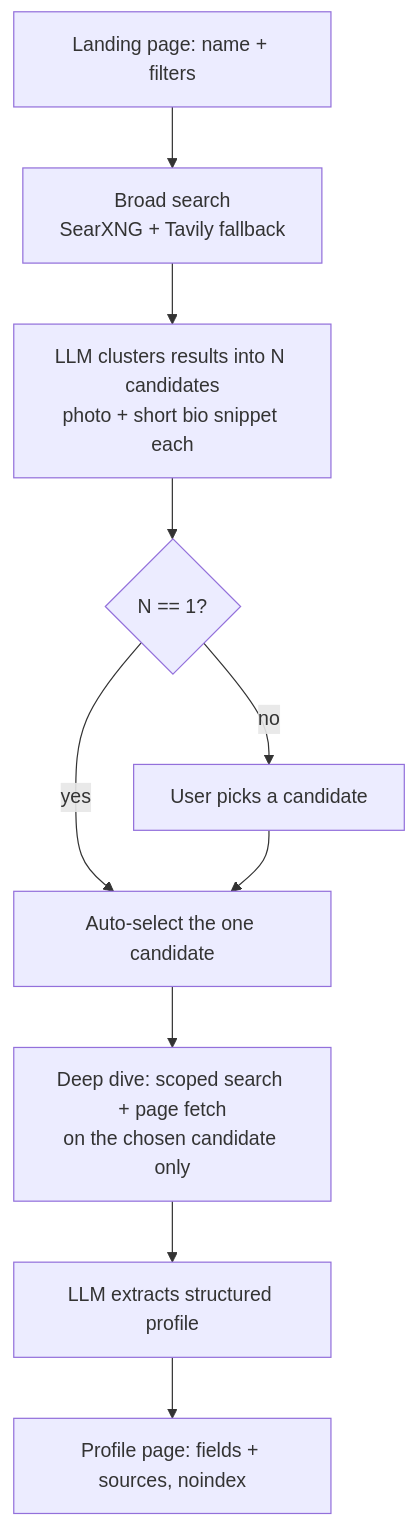
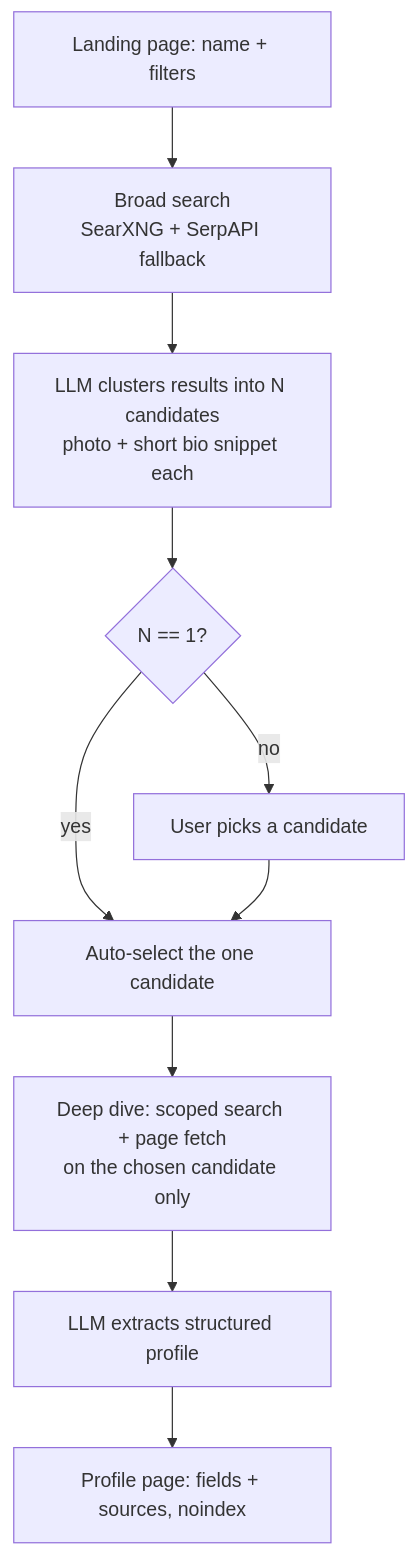
Before and after one commit to rafimaliki/who-is: the diagram in .docs/CONCEPT.md, drawn with Mermaid. The commit also changed other lines of this file and 22 other files, not shown here.

First line of the commit message:
feat(backend): swap Gemini for OpenRouter, add SerpAPI search fallback

````diff
--- a/.docs/CONCEPT.md
+++ b/.docs/CONCEPT.md
@@ -18,12 +18,12 @@
 ```mermaid
 flowchart TD
-    A[Landing page: name + filters] --> B[Broad search<br/>SearXNG + Tavily fallback]
+    A[Landing page: name + filters] --> B[Broad search<br/>SearXNG + SerpAPI fallback]
     B --> C[LLM clusters results into N candidates<br/>photo + short bio snippet each]
     C --> D{N == 1?}
     D -- yes --> F[Auto-select the one candidate]
     D -- no --> E[User picks a candidate]
     E --> F
     F --> G[Deep dive: scoped search + page fetch<br/>on the chosen candidate only]
     G --> H[LLM extracts structured profile]
     H --> I[Profile page: fields + sources, noindex]
 ```
````
